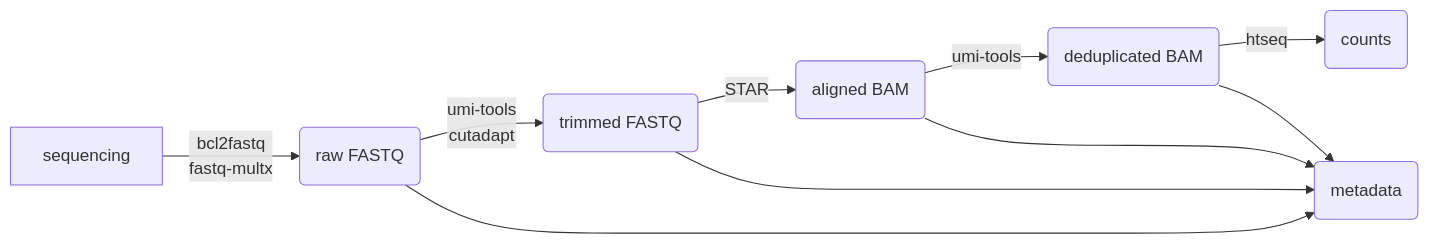
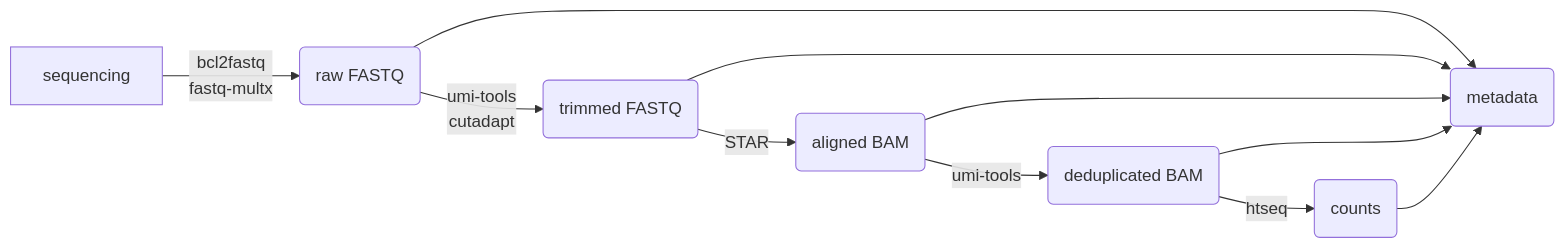
One commit to PhenoAI/pheno-docs changed the diagram in markdowns-expanded/024-rna_seq/024-rna_seq.md. Above: the diagram before and after it, drawn with Mermaid. The commit also changed 1 other file, not shown here.

Commit message:
Update 024-rna-seq improved: mermaid

````diff
--- a/markdowns-expanded/024-rna_seq/024-rna_seq.md
+++ b/markdowns-expanded/024-rna_seq/024-rna_seq.md
@@ -44,10 +44,11 @@
 ```mermaid
 flowchart LR;
 
 S[sequencing] -->|bcl2fastq<br>fastq-multx| raw(raw FASTQ) -->|umi-tools<br>cutadapt| trimmed(trimmed FASTQ) -->|STAR| aligned(aligned BAM) -->|umi-tools| deduplicated(deduplicated BAM) -->|htseq| counts(counts)
 
 raw --> metadata(metadata)
 trimmed --> metadata
 aligned --> metadata
 deduplicated --> metadata
+counts --> metadata
 ```
````
